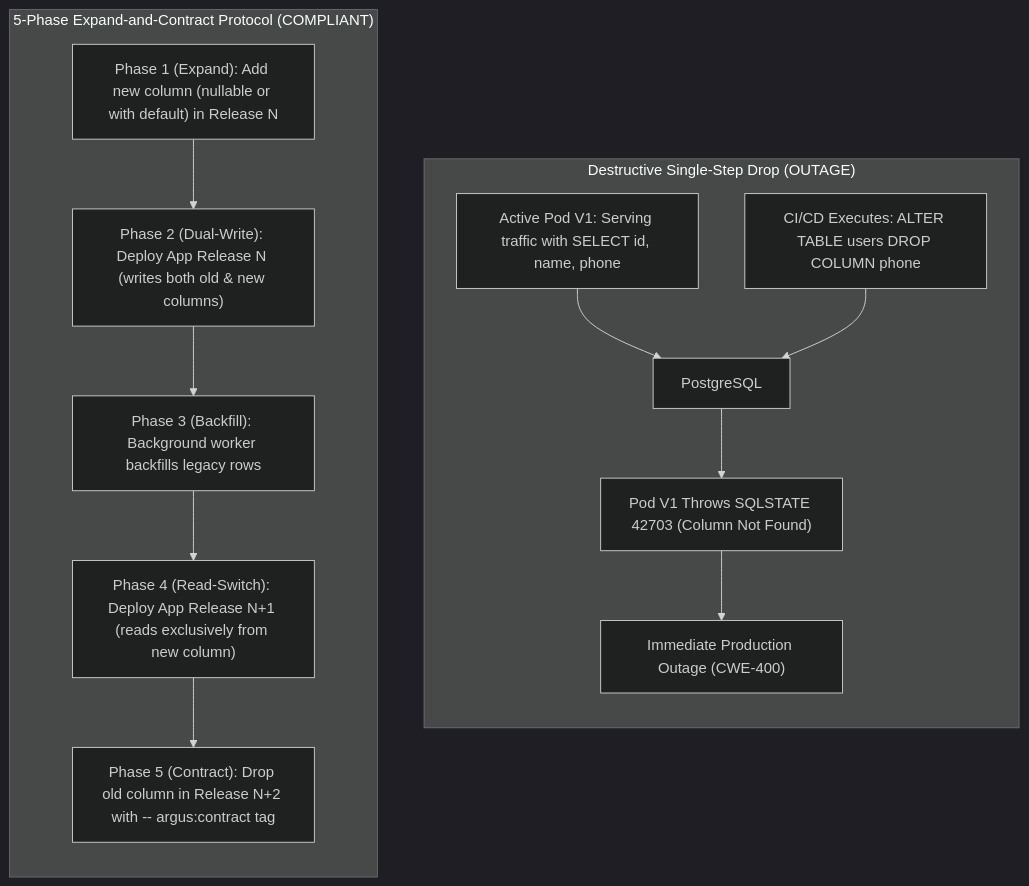
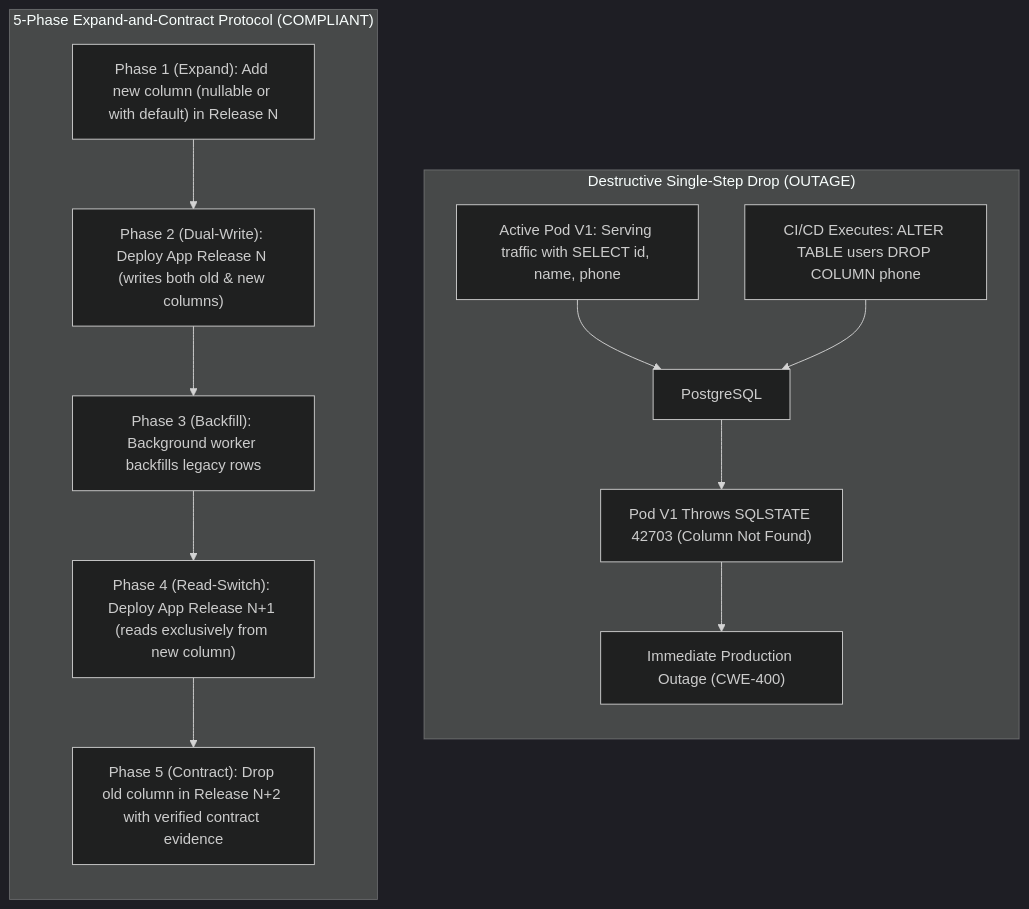
One commit to will2469/argus changed the first of 2 diagrams in wiki/ARGUS-A11.md. Above: the diagram before and after it, drawn with Mermaid (dark theme). The commit also changed other lines of this file and 13 other files, not shown here.

Commit message:
feat(a11): implement 4-stage destructive migration pipeline with validated contract evidence

````diff
--- a/wiki/ARGUS-A11.md
+++ b/wiki/ARGUS-A11.md
@@ -49,20 +57,20 @@
 ```mermaid
 flowchart TD
     subgraph VULNERABLE ["Destructive Single-Step Drop (OUTAGE)"]
         direction TB
         V1["Active Pod V1: Serving traffic with SELECT id, name, phone"] --> PG["PostgreSQL"]
         Deploy["CI/CD Executes: ALTER TABLE users DROP COLUMN phone"] --> PG
         PG --> Crash["Pod V1 Throws SQLSTATE 42703 (Column Not Found)"]
         Crash --> Outage["Immediate Production Outage (CWE-400)"]
     end
 
     subgraph EXPAND_CONTRACT ["5-Phase Expand-and-Contract Protocol (COMPLIANT)"]
         direction TB
         P1["Phase 1 (Expand): Add new column (nullable or with default) in Release N"]
         P2["Phase 2 (Dual-Write): Deploy App Release N (writes both old & new columns)"]
         P3["Phase 3 (Backfill): Background worker backfills legacy rows"]
         P4["Phase 4 (Read-Switch): Deploy App Release N+1 (reads exclusively from new column)"]
-        P5["Phase 5 (Contract): Drop old column in Release N+2 with -- argus:contract tag"]
+        P5["Phase 5 (Contract): Drop old column in Release N+2 with verified contract evidence"]
         P1 --> P2 --> P3 --> P4 --> P5
     end
 ```
````
